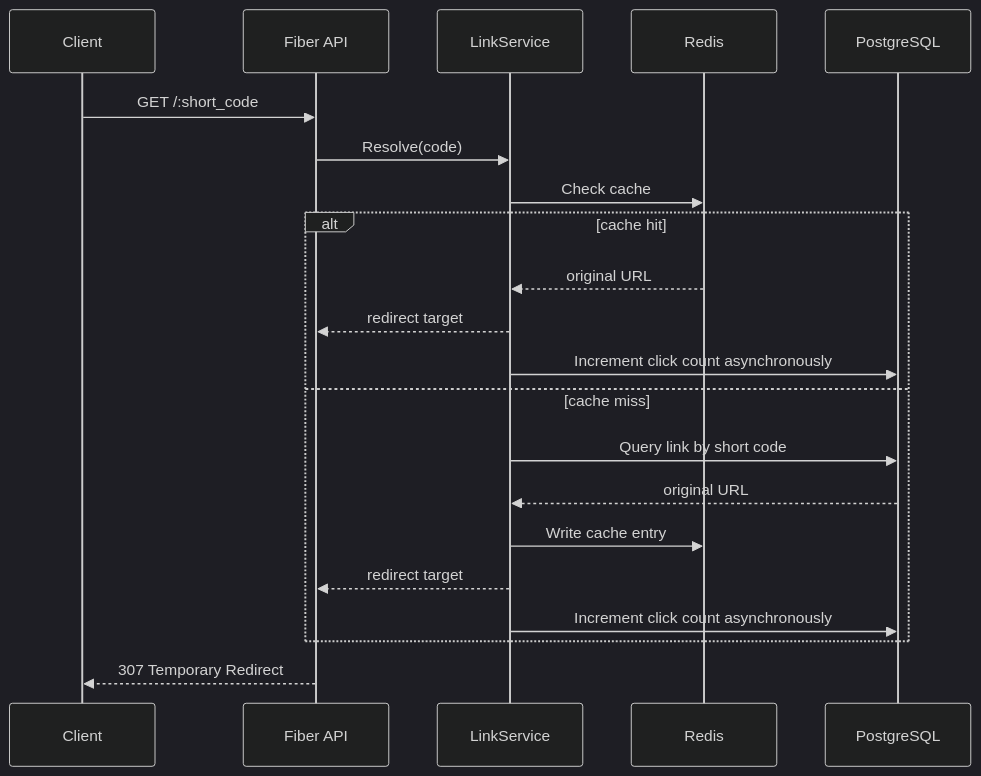
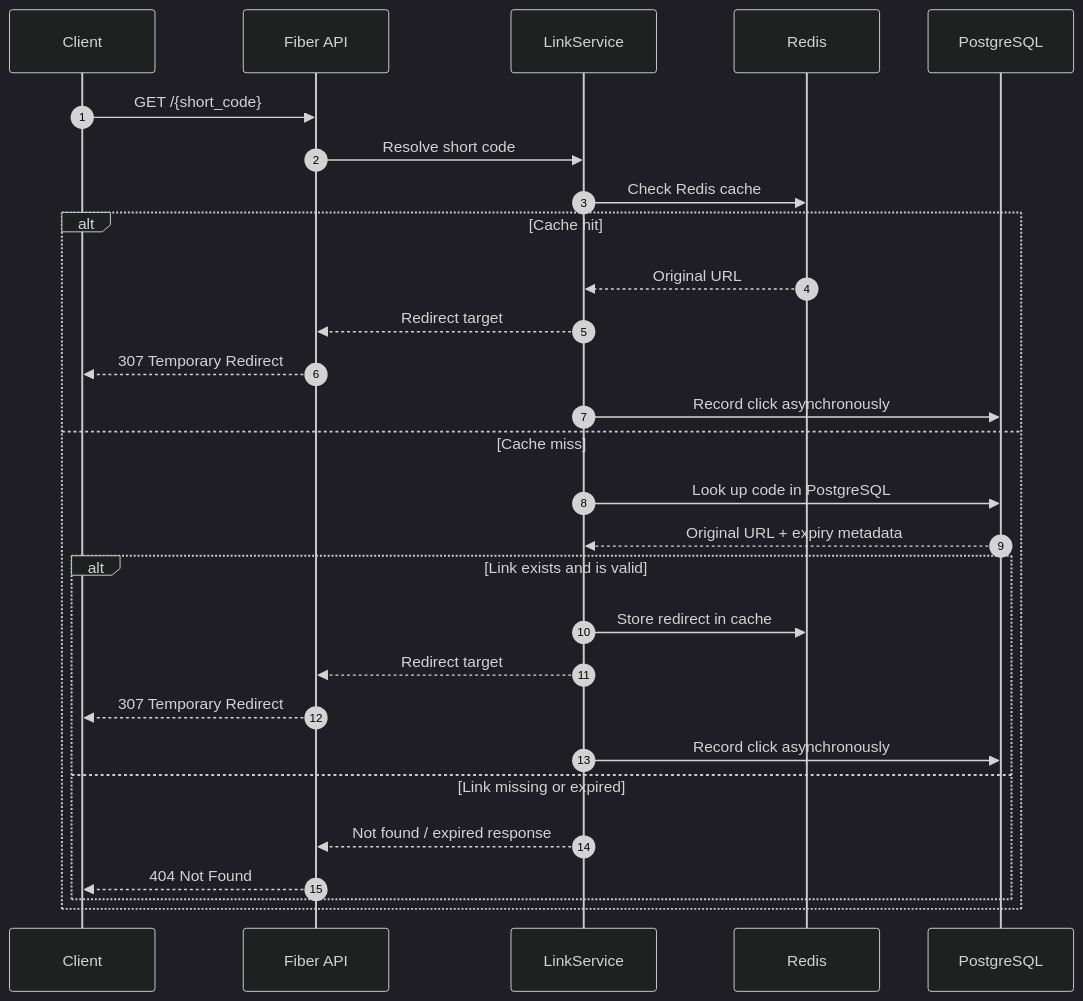
Before and after one commit to aviraltrip/URL-Shortener: the third of 3 diagrams in README.md, drawn with Mermaid (dark theme). The commit also changed other lines of this file, not shown here.

Commit message:
Revise sequence diagrams in README
Updated sequence diagrams for creating and resolving short URLs.

````diff
--- a/README.md
+++ b/README.md
@@ -63,24 +71,33 @@
 ```mermaid
 sequenceDiagram
+    autonumber
     participant C as Client
     participant A as Fiber API
     participant S as LinkService
     participant R as Redis
     participant D as PostgreSQL
 
-    C->>A: GET /:short_code
-    A->>S: Resolve(code)
-    S->>R: Check cache
-    alt cache hit
-        R-->>S: original URL
-        S-->>A: redirect target
-        S->>D: Increment click count asynchronously
-    else cache miss
-        S->>D: Query link by short code
-        D-->>S: original URL
-        S->>R: Write cache entry
-        S-->>A: redirect target
-        S->>D: Increment click count asynchronously
+    C->>A: GET /{short_code}
+    A->>S: Resolve short code
+    S->>R: Check Redis cache
+
+    alt Cache hit
+        R-->>S: Original URL
+        S-->>A: Redirect target
+        A-->>C: 307 Temporary Redirect
+        S->>D: Record click asynchronously
+    else Cache miss
+        S->>D: Look up code in PostgreSQL
+        D-->>S: Original URL + expiry metadata
+
+        alt Link exists and is valid
+            S->>R: Store redirect in cache
+            S-->>A: Redirect target
+            A-->>C: 307 Temporary Redirect
+            S->>D: Record click asynchronously
+        else Link missing or expired
+            S-->>A: Not found / expired response
+            A-->>C: 404 Not Found
+        end
     end
-    A-->>C: 307 Temporary Redirect
 ```
````
